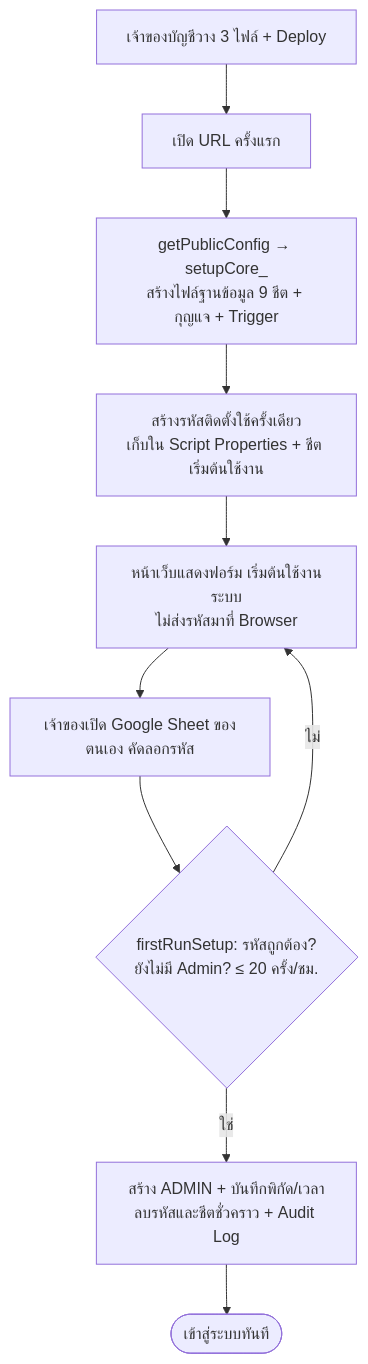
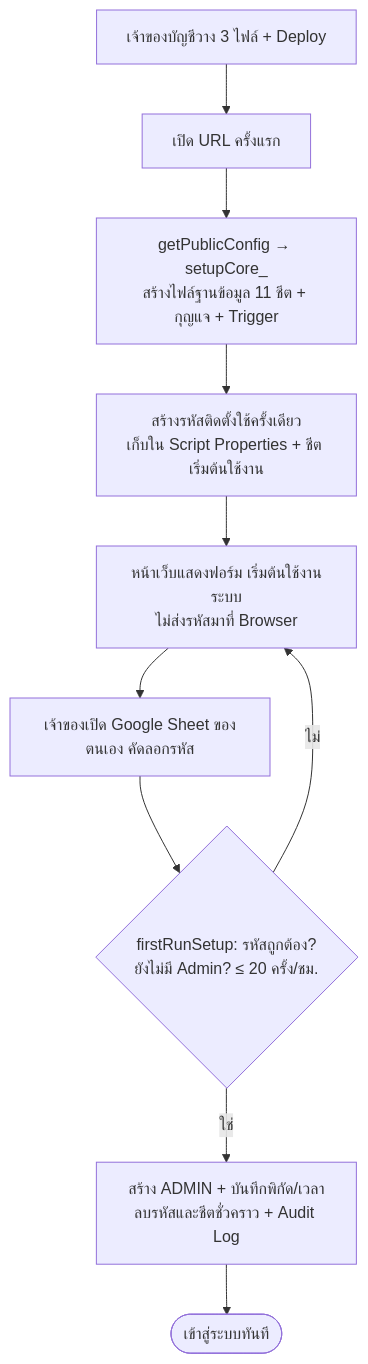
Before and after one commit to Phanuwat-Suraphan/shcheck: the third of 7 diagrams in docs/01-architecture.md, drawn with Mermaid. The commit also changed other lines of this file and 45 other files, not shown here.

````diff
--- a/docs/01-architecture.md
+++ b/docs/01-architecture.md
@@ -164,12 +165,12 @@
 ```mermaid
 flowchart TD
   A[เจ้าของบัญชีวาง 3 ไฟล์ + Deploy] --> B[เปิด URL ครั้งแรก]
-  B --> C[getPublicConfig → setupCore_<br/>สร้างไฟล์ฐานข้อมูล 9 ชีต + กุญแจ + Trigger]
+  B --> C[getPublicConfig → setupCore_<br/>สร้างไฟล์ฐานข้อมูล 11 ชีต + กุญแจ + Trigger]
   C --> D[สร้างรหัสติดตั้งใช้ครั้งเดียว<br/>เก็บใน Script Properties + ชีต เริ่มต้นใช้งาน]
   D --> E[หน้าเว็บแสดงฟอร์ม เริ่มต้นใช้งานระบบ<br/>ไม่ส่งรหัสมาที่ Browser]
   E --> F[เจ้าของเปิด Google Sheet ของตนเอง คัดลอกรหัส]
   F --> G{firstRunSetup: รหัสถูกต้อง?<br/>ยังไม่มี Admin? ≤ 20 ครั้ง/ชม.}
   G -- ไม่ --> E
   G -- ใช่ --> H[สร้าง ADMIN + บันทึกพิกัด/เวลา<br/>ลบรหัสและชีตชั่วคราว + Audit Log]
   H --> I([เข้าสู่ระบบทันที])
 ```
````
